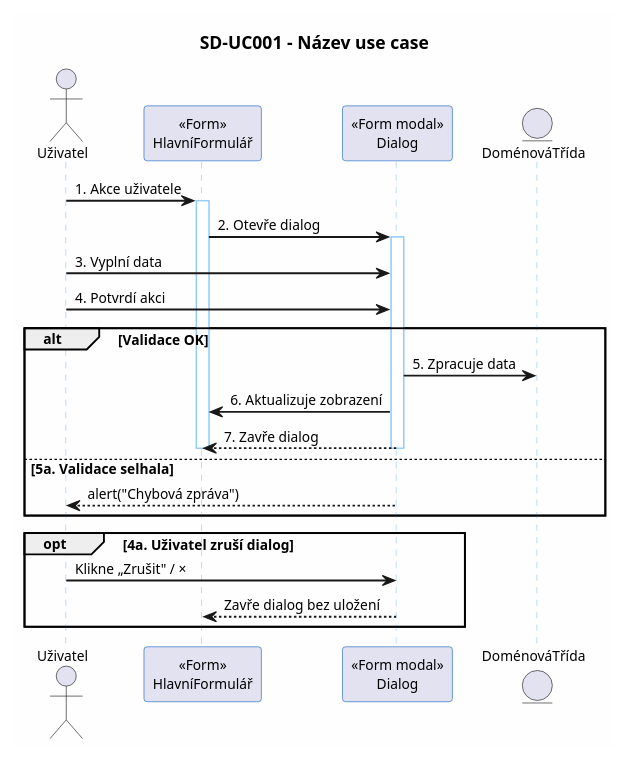
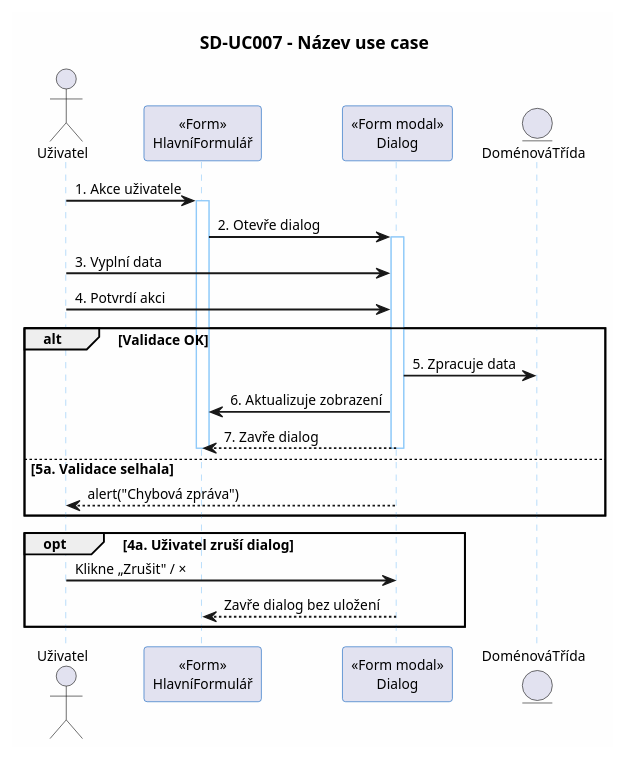
One commit to pvratny-droid/app.pvklok.eu changed the diagram in c3hub/RQU008 - Provozni formulare/analyza-md/diagrams/sd_template.puml. Above: the diagram before and after it, drawn with PlantUML. The commit also changed 197 other files, not shown here.

```diff
--- a/c3hub/RQU008 - Provozni formulare/analyza-md/diagrams/sd_template.puml
+++ b/c3hub/RQU008 - Provozni formulare/analyza-md/diagrams/sd_template.puml
@@ -1,46 +1,46 @@
-@startuml SD-UC001
+@startuml SD-UC007
 skinparam defaultFontName "Segoe UI"
 skinparam defaultFontSize 11
 skinparam backgroundColor #FEFEFE
 skinparam sequenceArrowThickness 1.5
 skinparam sequenceParticipantBorderColor #1565C0
 skinparam sequenceLifeLineBorderColor #90CAF9
 
-title SD-UC001 – Název use case
+title SD-UC007 – Název use case
 
 ' === KONVENCE ===
 ' - Účastníci: actor pro uživatele, participant pro GUI třídy, entity pro doménové třídy
 ' - Stereotypy v názvu: <<Form>>, <<Form grid area>>, <<Form modal>>
 ' - Kroky: číslované (1., 2., 3...) v popiscích zpráv
 ' - Alternativy: alt/else/end fragmenty
 ' - Volitelné toky: opt fragment
 ' - Aktivace/deaktivace pro přehlednost
 
 actor "Uživatel" as U
 participant "<<Form>>\nHlavníFormulář" as HF
 participant "<<Form modal>>\nDialog" as DG
 entity "DoménováTřída" as DT
 
 U -> HF : 1. Akce uživatele
 activate HF
 HF -> DG : 2. Otevře dialog
 activate DG
 U -> DG : 3. Vyplní data
 U -> DG : 4. Potvrdí akci
 
 alt Validace OK
     DG -> DT : 5. Zpracuje data
     DG -> HF : 6. Aktualizuje zobrazení
     DG --> HF : 7. Zavře dialog
     deactivate DG
     deactivate HF
 else 5a. Validace selhala
     DG --> U : alert("Chybová zpráva")
 end
 
 opt 4a. Uživatel zruší dialog
     U -> DG : Klikne „Zrušit" / ×
     DG --> HF : Zavře dialog bez uložení
 end
 
 @enduml
```
